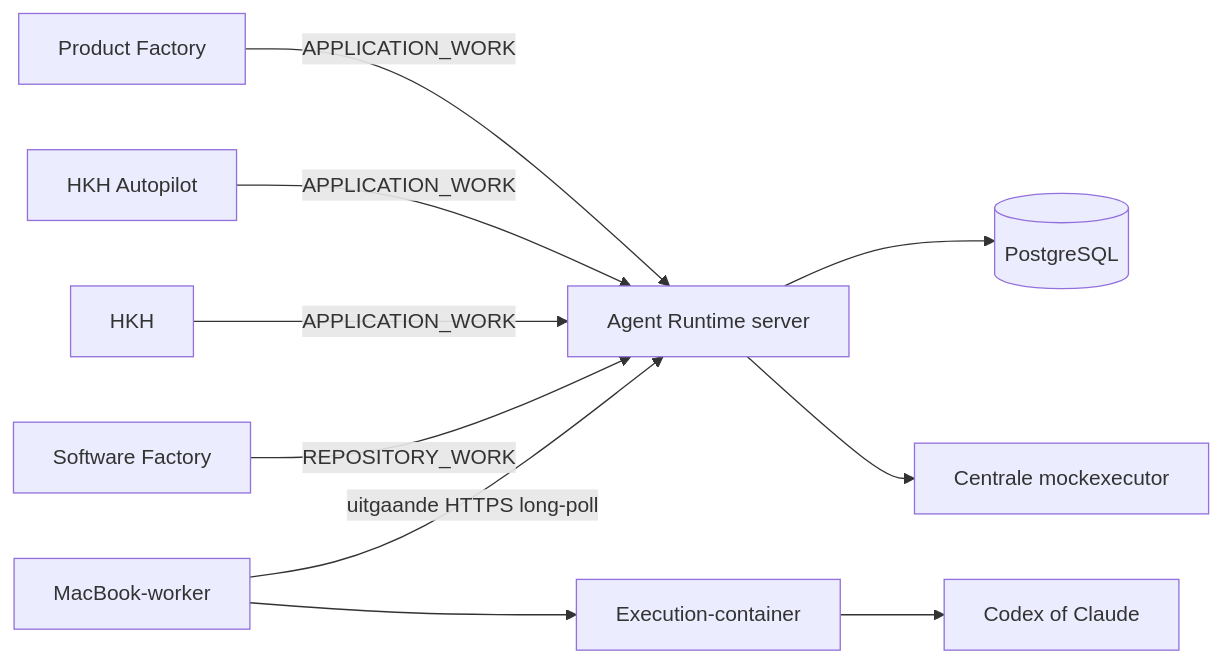
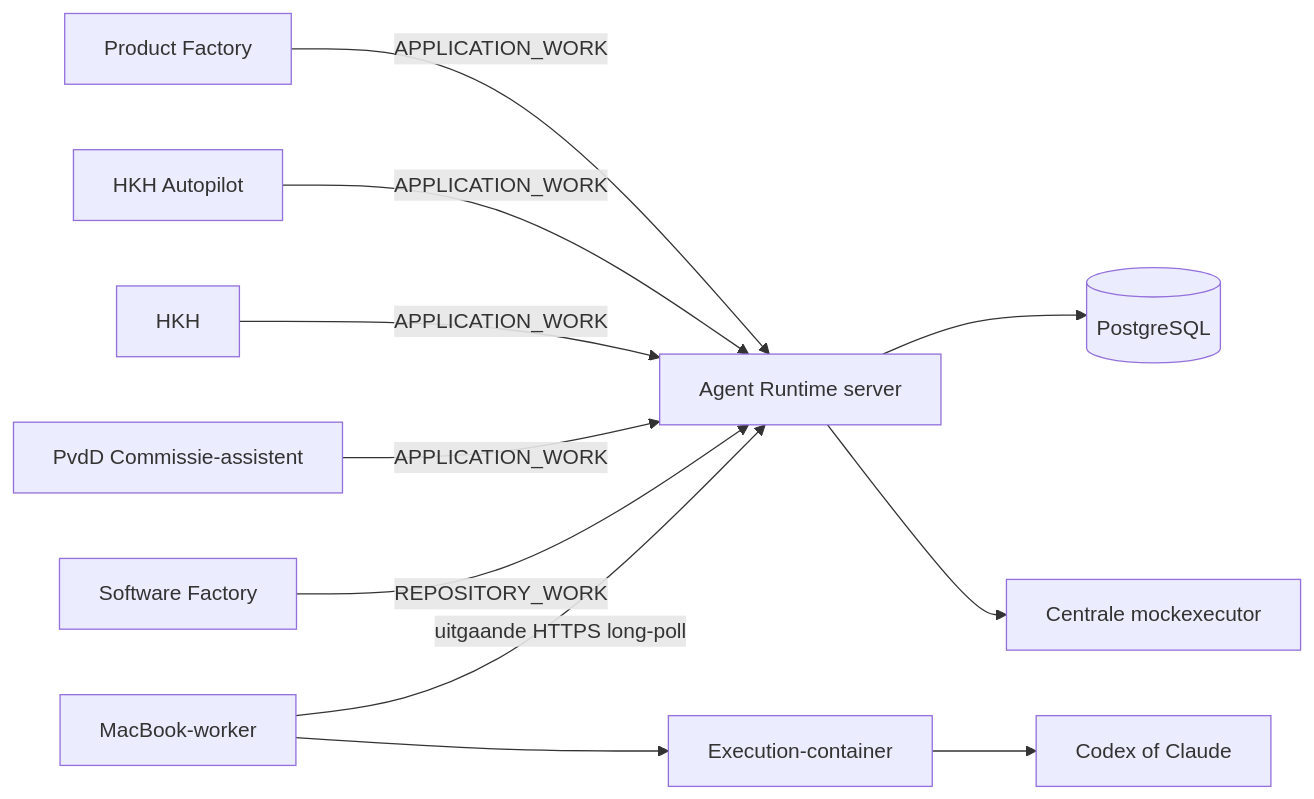
Before and after one commit to robbertvdzon/agent-runtime: the diagram in docs/architectuur-en-beveiliging.md, drawn with Mermaid. The commit also changed other lines of this file and 14 other files, not shown here.

````diff
--- a/docs/architectuur-en-beveiliging.md
+++ b/docs/architectuur-en-beveiliging.md
@@ -10,12 +10,13 @@
 ```mermaid
 flowchart LR
   PF[Product Factory] -->|APPLICATION_WORK| API[Agent Runtime server]
   HKHA[HKH Autopilot] -->|APPLICATION_WORK| API
   HKH[HKH] -->|APPLICATION_WORK| API
+  PVDD[PvdD Commissie-assistent] -->|APPLICATION_WORK| API
   SF[Software Factory] -->|REPOSITORY_WORK| API
   API --> DB[(PostgreSQL)]
   API --> MOCK[Centrale mockexecutor]
   WORKER[MacBook-worker] -->|uitgaande HTTPS long-poll| API
   WORKER --> CONTAINER[Execution-container]
   CONTAINER --> CODEX[Codex of Claude]
 ```
````
